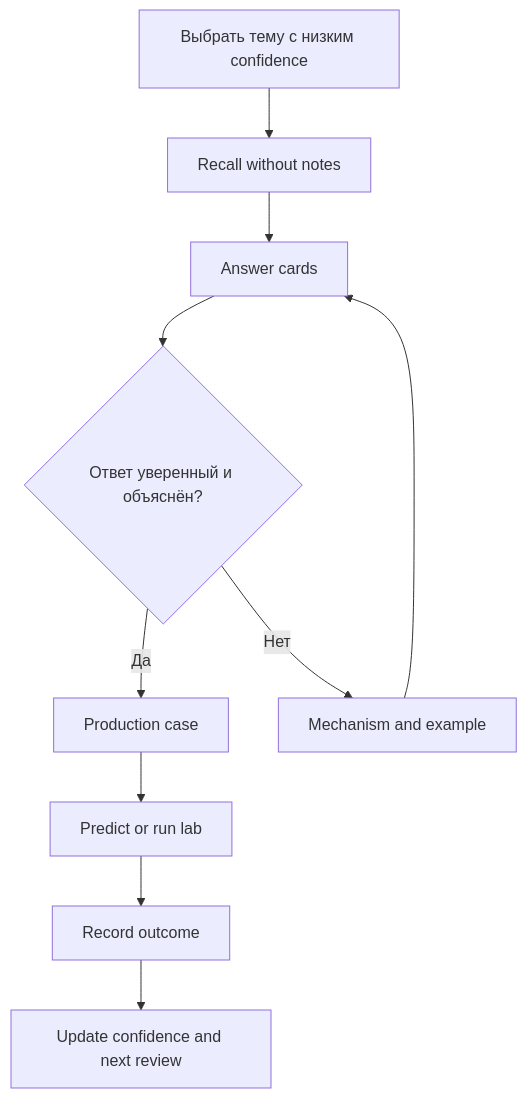
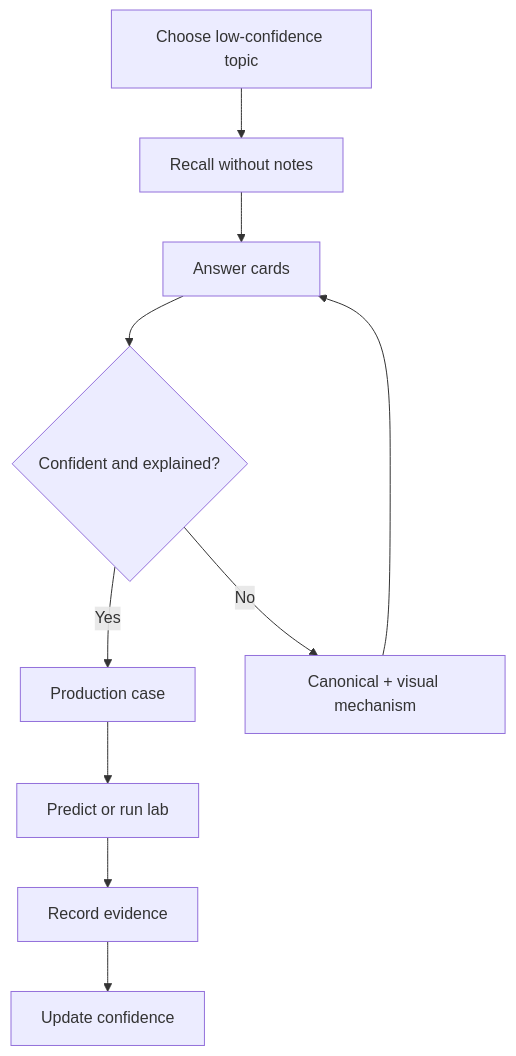
One commit to alimbetov/obsidian changed the second of 2 diagrams in 00_HOME/Java Backend Knowledge System.md. Above: the diagram before and after it, drawn with Mermaid. The commit also changed other lines of this file, not shown here.

````diff
--- a/00_HOME/Java Backend Knowledge System.md
+++ b/00_HOME/Java Backend Knowledge System.md
@@ -241,12 +208,12 @@
 ```mermaid
 flowchart TD
-    A[Выбрать тему с низким confidence] --> B[Recall without notes]
-    B --> C[Answer cards]
-    C --> D{Ответ уверенный и объяснён?}
-    D -- Да --> E[Production case]
-    D -- Нет --> F[Mechanism and example]
+    A["Choose low-confidence topic"] --> B["Recall without notes"]
+    B --> C["Answer cards"]
+    C --> D{"Confident and explained?"}
+    D -->|"Yes"| E["Production case"]
+    D -->|"No"| F["Canonical + visual mechanism"]
     F --> C
-    E --> G[Predict or run lab]
-    G --> H[Record outcome]
-    H --> I[Update confidence and next review]
+    E --> G["Predict or run lab"]
+    G --> H["Record evidence"]
+    H --> I["Update confidence"]
 ```
````
